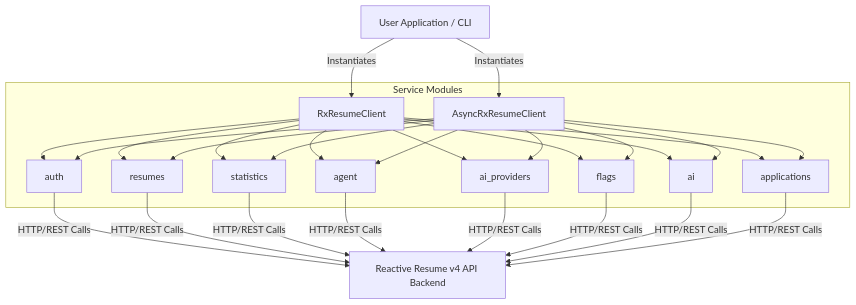
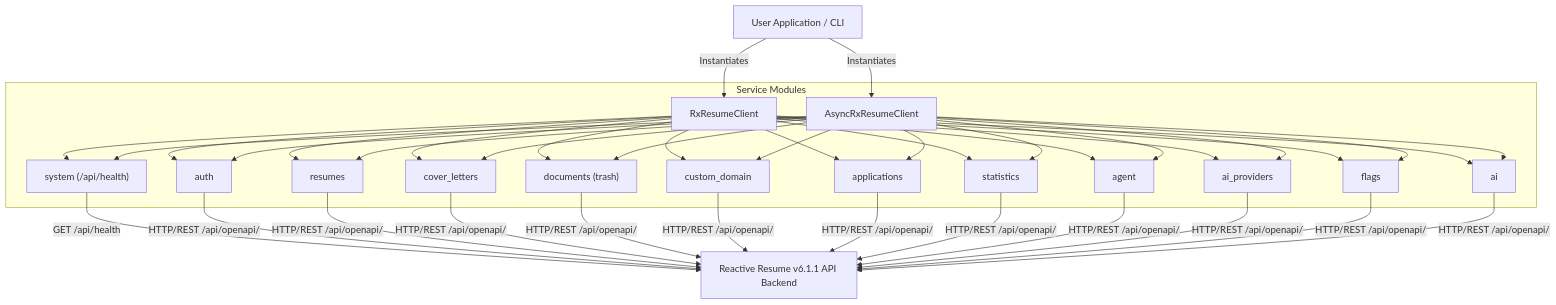
The diagram in README.md (AtaCanYmc/reactive-resume-api-client-py), drawn with Mermaid before and after one commit. The commit also changed other lines of this file and 21 other files, not shown here.

Commit message:
feat: align SDK with Reactive Resume v6.1.1 API, health endpoint, and standalone cover letters

````diff
--- a/README.md
+++ b/README.md
@@ -45,18 +45,23 @@
 ```mermaid
 flowchart TD
     UserApp["User Application / CLI"] -->|Instantiates| SyncClient["RxResumeClient"]
     UserApp -->|Instantiates| AsyncClient["AsyncRxResumeClient"]
 
     subgraph ServiceModules["Service Modules"]
+        SyncClient & AsyncClient --> System["system (/api/health)"]
         SyncClient & AsyncClient --> Auth["auth"]
         SyncClient & AsyncClient --> Resumes["resumes"]
+        SyncClient & AsyncClient --> CoverLetters["cover_letters"]
+        SyncClient & AsyncClient --> Documents["documents (trash)"]
+        SyncClient & AsyncClient --> CustomDomain["custom_domain"]
+        SyncClient & AsyncClient --> Applications["applications"]
         SyncClient & AsyncClient --> Stats["statistics"]
         SyncClient & AsyncClient --> Agent["agent"]
         SyncClient & AsyncClient --> AIProviders["ai_providers"]
         SyncClient & AsyncClient --> Flags["flags"]
         SyncClient & AsyncClient --> AI["ai"]
-        SyncClient & AsyncClient --> Applications["applications"]
     end
 
-    Auth & Resumes & Stats & Agent & AIProviders & Flags & AI & Applications -->|HTTP/REST Calls| Backend["Reactive Resume v4 API Backend"]
+    System -->|GET /api/health| Backend["Reactive Resume v6.1.1 API Backend"]
+    Auth & Resumes & CoverLetters & Documents & CustomDomain & Applications & Stats & Agent & AIProviders & Flags & AI -->|HTTP/REST /api/openapi/| Backend
 ```
````
